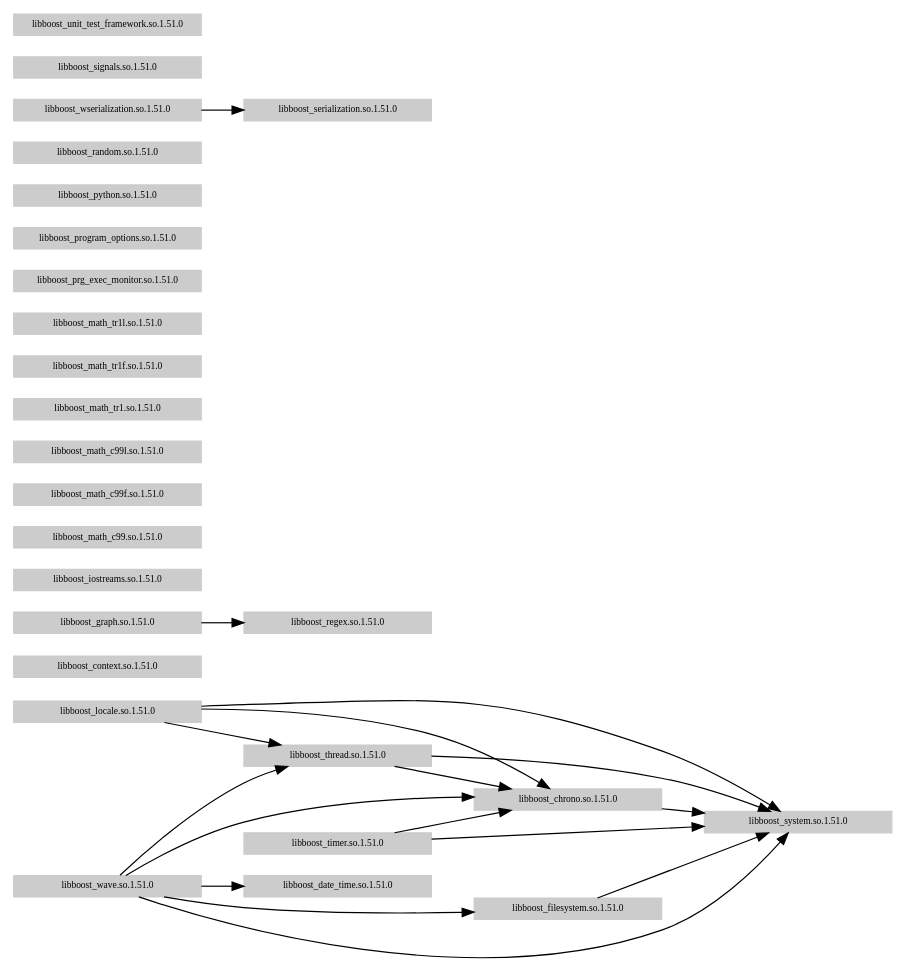
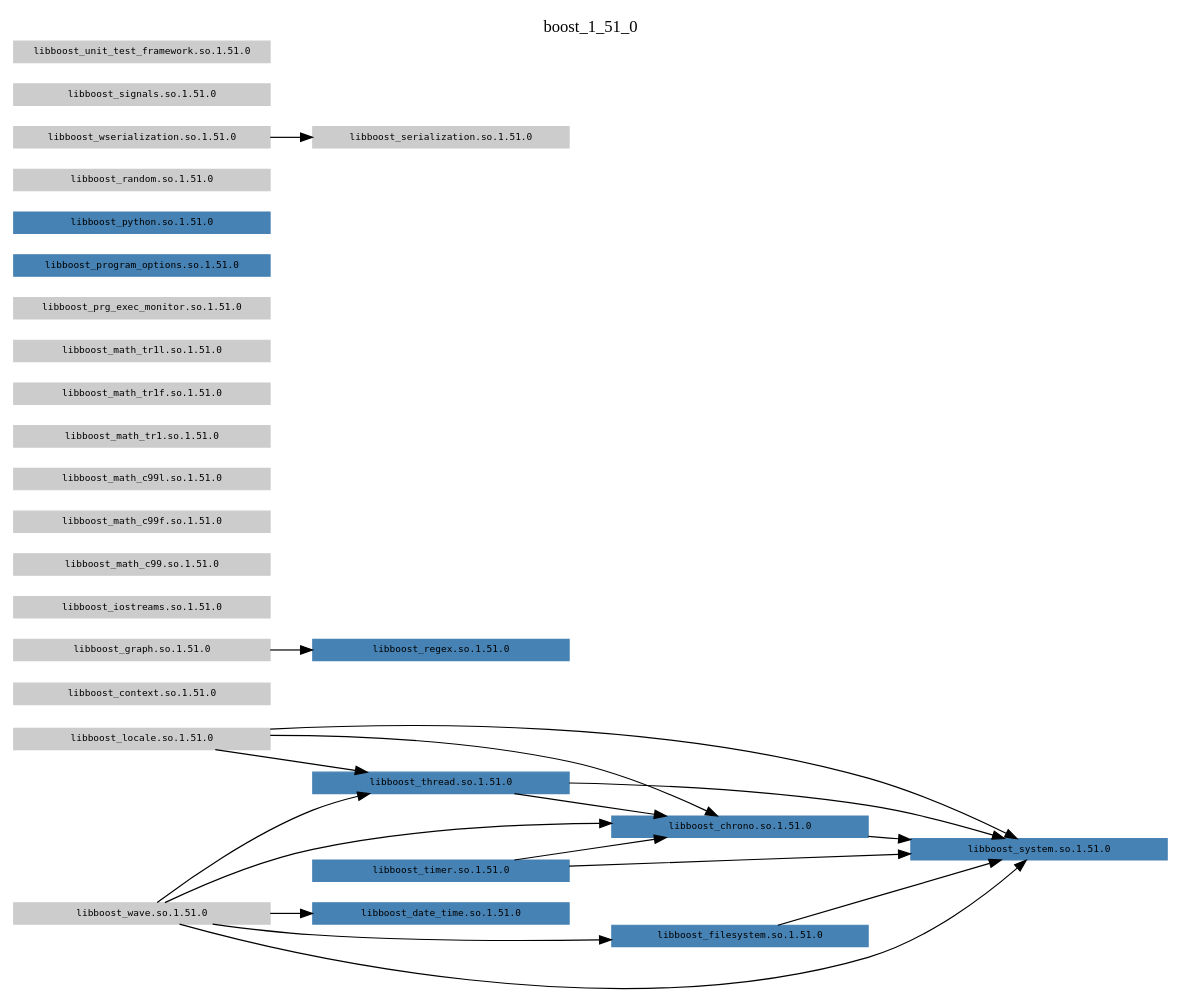
Before and after one commit to mbohun/mbohun_graph-experiments: the diagram in boost-dep-tree.dot, drawn with Graphviz.

Commit message:
added extra/additional node attr setup, some cleanup

```diff
--- a/boost-dep-tree.dot
+++ b/boost-dep-tree.dot
@@ -1,109 +1,114 @@
 /*
 
 martin@yobbo:/usr/local/boost_1_51_0/lib$ find -P ./ -type f -name "*.so*" | xargs ldd | grep boost|sed -e "s/://g" -e "s/ => not found//g"
 ./libboost_context.so.1.51.0
 ./libboost_program_options.so.1.51.0
 ./libboost_signals.so.1.51.0
 ./libboost_regex.so.1.51.0
 ./libboost_math_tr1l.so.1.51.0
 ./libboost_graph.so.1.51.0
         libboost_regex.so.1.51.0
 ./libboost_python.so.1.51.0
 ./libboost_math_c99l.so.1.51.0
 ./libboost_system.so.1.51.0
 ./libboost_serialization.so.1.51.0
 ./libboost_random.so.1.51.0
 ./libboost_iostreams.so.1.51.0
 ./libboost_chrono.so.1.51.0
         libboost_system.so.1.51.0
 ./libboost_timer.so.1.51.0
         libboost_chrono.so.1.51.0
         libboost_system.so.1.51.0
 ./libboost_thread.so.1.51.0
         libboost_chrono.so.1.51.0
         libboost_system.so.1.51.0
 ./libboost_filesystem.so.1.51.0
         libboost_system.so.1.51.0
 ./libboost_date_time.so.1.51.0
 ./libboost_math_tr1f.so.1.51.0
 ./libboost_math_c99.so.1.51.0
 ./libboost_prg_exec_monitor.so.1.51.0
 ./libboost_unit_test_framework.so.1.51.0
 ./libboost_locale.so.1.51.0
         libboost_thread.so.1.51.0
         libboost_chrono.so.1.51.0
         libboost_system.so.1.51.0
 ./libboost_math_tr1.so.1.51.0
 ./libboost_wave.so.1.51.0
         libboost_date_time.so.1.51.0
         libboost_thread.so.1.51.0
         libboost_chrono.so.1.51.0
         libboost_filesystem.so.1.51.0
         libboost_system.so.1.51.0
 ./libboost_math_c99f.so.1.51.0
 ./libboost_wserialization.so.1.51.0
         libboost_serialization.so.1.51.0
 
 dot -Tsvg boost-dep-tree.dot -o boost-dep-tree.dot.svg
 
 http://users.on.net/~mbohun/src/boost-dep-tree.dot.svg
 
 */
 
 digraph boost {
+	label="boost_1_51_0";
+	labelloc="t";
+	labeljust="c";
+
 	rankdir=LR;
 
 	node [shape=box,
 	      style=filled,
 	      fillcolor=gray80,
 	      color=gray80,
 	      fixedsize=true,
 	      height=0.25,
-	      width=2.2,
+	      width=3.0,
+	      fontname="DejaVu Sans Mono",
 	      fontcolor=black,
 	      fontsize=8];
 
-	chrono              [ label="libboost_chrono.so.1.51.0" ];
+	chrono              [ label="libboost_chrono.so.1.51.0",          fillcolor=steelblue, color=steelblue ];
 	context             [ label="libboost_context.so.1.51.0" ];
-	date_time           [ label="libboost_date_time.so.1.51.0" ];
-	filesystem          [ label="libboost_filesystem.so.1.51.0" ];
+	date_time           [ label="libboost_date_time.so.1.51.0",       fillcolor=steelblue, color=steelblue ];
+	filesystem          [ label="libboost_filesystem.so.1.51.0",      fillcolor=steelblue, color=steelblue ];
 	grap                [ label="libboost_graph.so.1.51.0" ];
 	iostreams           [ label="libboost_iostreams.so.1.51.0" ];
 	locale              [ label="libboost_locale.so.1.51.0" ];
 	math_c99            [ label="libboost_math_c99.so.1.51.0" ];
 	math_c99f           [ label="libboost_math_c99f.so.1.51.0" ];
 	math_c99l           [ label="libboost_math_c99l.so.1.51.0" ];
 	math_tr1            [ label="libboost_math_tr1.so.1.51.0" ];
 	math_tr1f           [ label="libboost_math_tr1f.so.1.51.0" ];
 	math_tr1l           [ label="libboost_math_tr1l.so.1.51.0" ];
 	prg_exec_monitor    [ label="libboost_prg_exec_monitor.so.1.51.0" ];
-	program_options     [ label="libboost_program_options.so.1.51.0" ];
-	python              [ label="libboost_python.so.1.51.0" ];
+	program_options     [ label="libboost_program_options.so.1.51.0", fillcolor=steelblue, color=steelblue ];
+	python              [ label="libboost_python.so.1.51.0",          fillcolor=steelblue, color=steelblue ];
 	random              [ label="libboost_random.so.1.51.0" ];
-	regex               [ label="libboost_regex.so.1.51.0" ];
+	regex               [ label="libboost_regex.so.1.51.0",           fillcolor=steelblue, color=steelblue ];
 	serialization       [ label="libboost_serialization.so.1.51.0" ];
 	signals             [ label="libboost_signals.so.1.51.0" ];
-	system              [ label="libboost_system.so.1.51.0" ];  
-	thread              [ label="libboost_thread.so.1.51.0" ];
-	timer               [ label="libboost_timer.so.1.51.0" ];
+	system              [ label="libboost_system.so.1.51.0",          fillcolor=steelblue, color=steelblue ];  
+	thread              [ label="libboost_thread.so.1.51.0",          fillcolor=steelblue, color=steelblue ];
+	timer               [ label="libboost_timer.so.1.51.0"            fillcolor=steelblue, color=steelblue ];
 	unit_test_framework [ label="libboost_unit_test_framework.so.1.51.0" ];
 	wave                [ label="libboost_wave.so.1.51.0" ];
 	wserialization      [ label="libboost_wserialization.so.1.51.0" ];
 
 	chrono              -> system;
 	filesystem          -> system;
 	grap                -> regex;
 	locale              -> chrono;
 	locale              -> system;	
 	locale              -> thread;
 	thread              -> chrono;
 	thread              -> system;	
 	timer               -> chrono;
 	timer               -> system;	
 	wave                -> chrono;
 	wave                -> date_time;
 	wave                -> filesystem;
 	wave                -> system;
 	wave                -> thread;
 	wserialization      -> serialization;
 }
```
